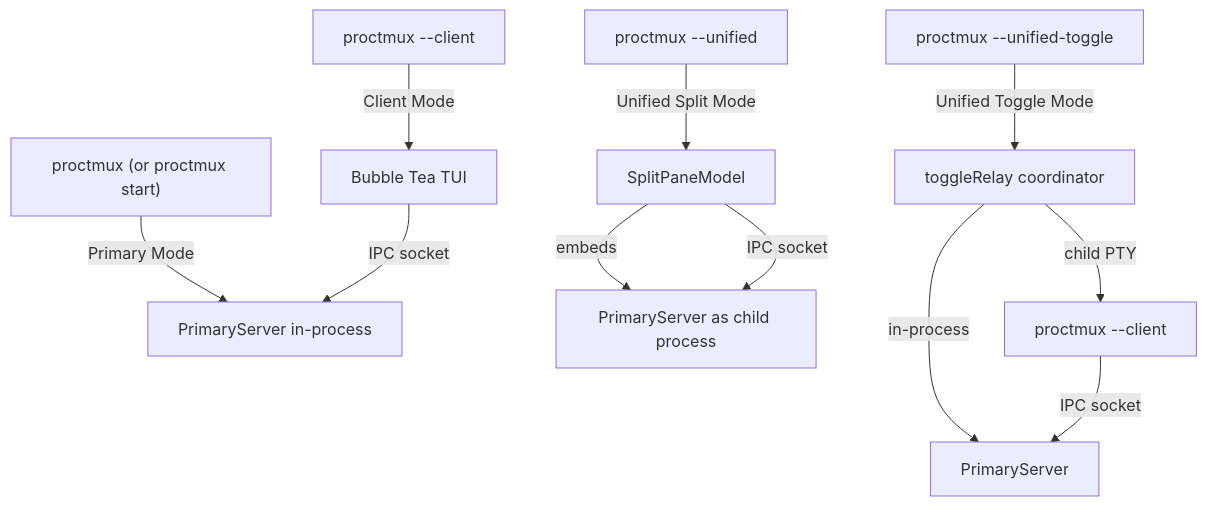
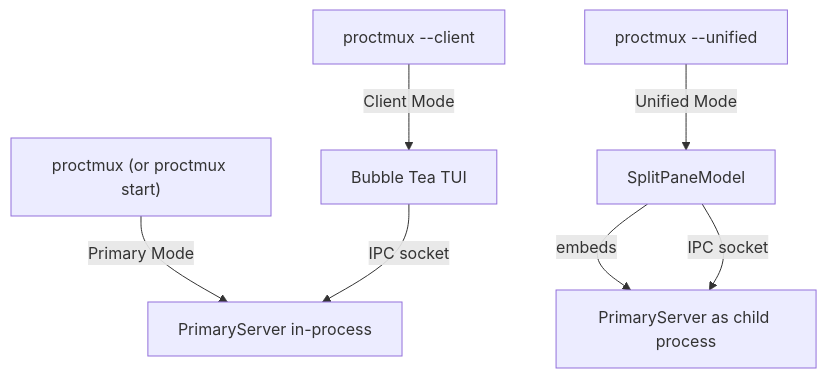
The diagram in docs/modes.md (napisani/proctmux), drawn with Mermaid before and after one commit. The commit also changed other lines of this file and 5 other files, not shown here.

Commit message:
docs: consolidate unified mode guidance

````diff
--- a/docs/modes.md
+++ b/docs/modes.md
@@ -8,13 +8,9 @@
 ```mermaid
 graph TD
     A["proctmux (or proctmux start)"] -->|Primary Mode| P[PrimaryServer in-process]
     B["proctmux --client"] -->|Client Mode| C[Bubble Tea TUI]
     C -->|IPC socket| P
-    D["proctmux --unified"] -->|Unified Split Mode| S[SplitPaneModel]
+    D["proctmux --unified"] -->|Unified Mode| S[SplitPaneModel]
     S -->|embeds| P2[PrimaryServer as child process]
     S -->|IPC socket| P2
-    E["proctmux --unified-toggle"] -->|Unified Toggle Mode| T[toggleRelay coordinator]
-    T -->|in-process| P3[PrimaryServer]
-    T -->|child PTY| C2[proctmux --client]
-    C2 -->|IPC socket| P3
 ```
````
